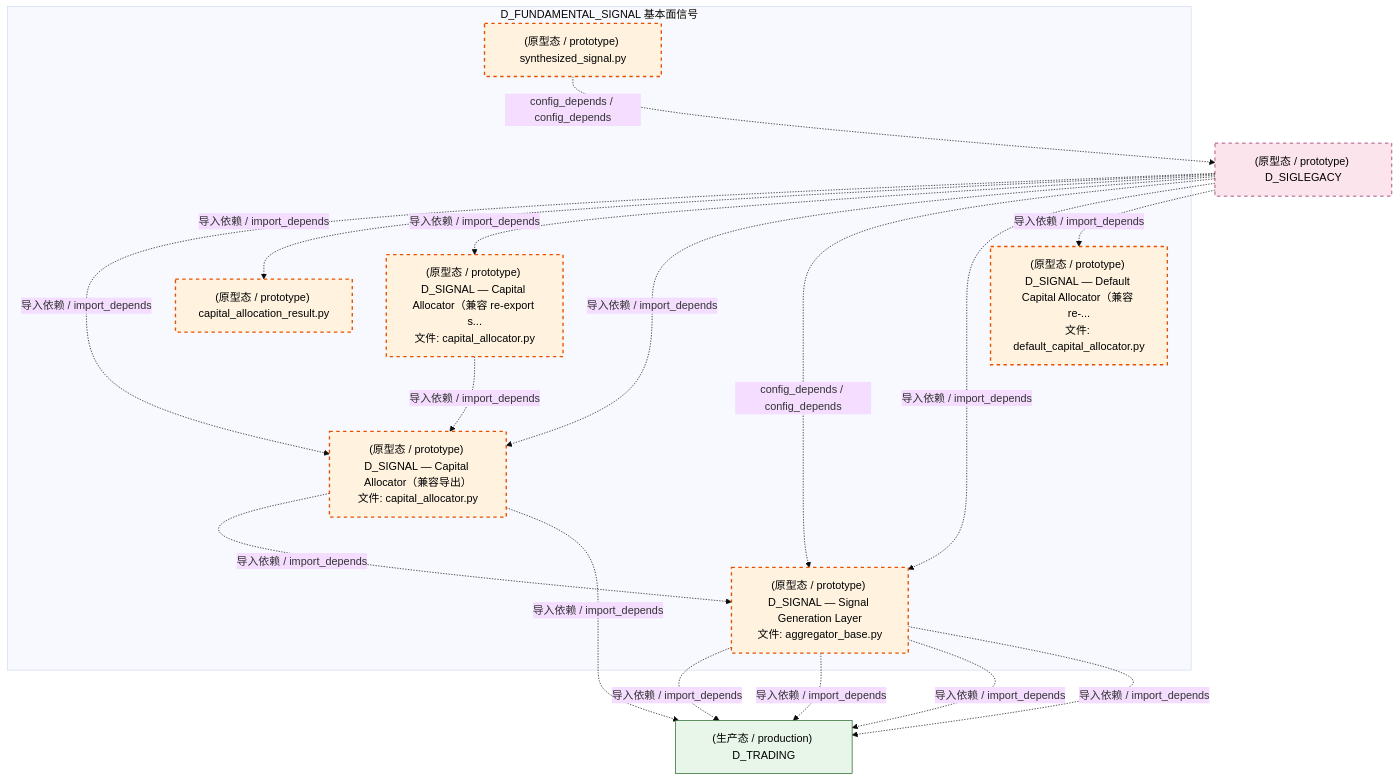
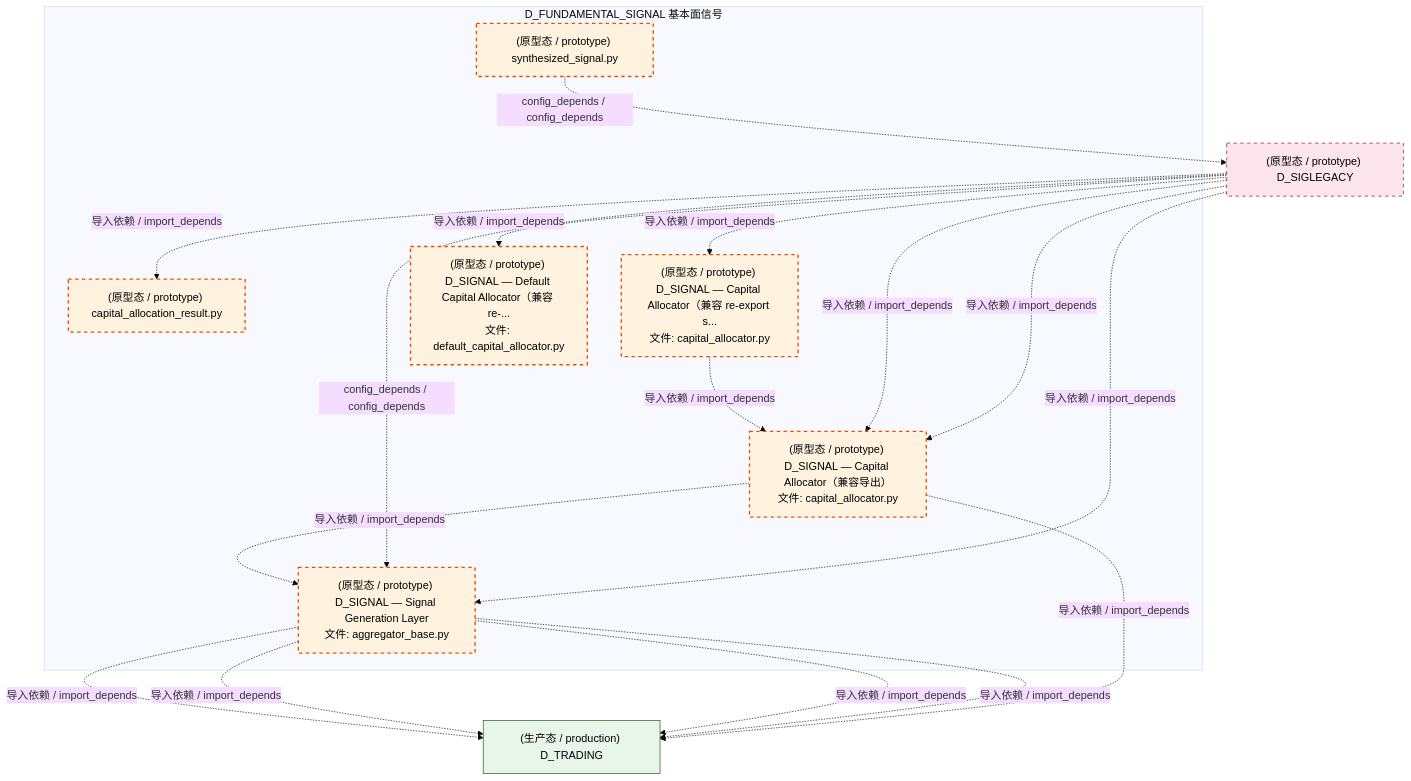
One commit to xuanFelixVan/ZephyrAlpha changed the third of 4 diagrams in docs/02_enterprise_architecture/02_domain_architecture_docs/37_d_fundamental_signal.md. Above: the diagram before and after it, drawn with Mermaid (base theme). The commit also changed other lines of this file and 126 other files, not shown here.

````diff
--- a/docs/02_enterprise_architecture/02_domain_architecture_docs/37_d_fundamental_signal.md
+++ b/docs/02_enterprise_architecture/02_domain_architecture_docs/37_d_fundamental_signal.md
@@ -177,35 +177,35 @@
 ```mermaid
 graph TD
     subgraph D_FUNDAMENTAL_SIGNAL["D_FUNDAMENTAL_SIGNAL 基本面信号"]
         src_zephyr_signal_fundamental_capital_capital_allocation_result_py["(原型态 / prototype) capital_allocation_result.py"]
         src_zephyr_signal_fundamental_capital_capital_allocator_py["(原型态 / prototype) D_SIGNAL — Capital Allocator（兼容 re-export s...<br/>文件: capital_allocator.py"]
         src_zephyr_signal_fundamental_capital_default_capital_allocator_py["(原型态 / prototype) D_SIGNAL — Default Capital Allocator（兼容 re-...<br/>文件: default_capital_allocator.py"]
         src_zephyr_signal_fundamental_combiner_synthesized_signal_py["(原型态 / prototype) synthesized_signal.py"]
         src_zephyr_signal_fundamental_gen_aggregator_base_py["(原型态 / prototype) D_SIGNAL — Signal Generation Layer<br/>文件: aggregator_base.py"]
         src_zephyr_signal_fundamental_strategy_capital_allocator_py["(原型态 / prototype) D_SIGNAL — Capital Allocator（兼容导出）<br/>文件: capital_allocator.py"]
     end
     src_zephyr_signal_fundamental_capital_capital_allocator_py -.->|导入依赖 / import_depends| src_zephyr_signal_fundamental_strategy_capital_allocator_py
     src_zephyr_signal_fundamental_strategy_capital_allocator_py -.->|导入依赖 / import_depends| src_zephyr_signal_fundamental_gen_aggregator_base_py
+    D_SIGLEGACY["(原型态 / prototype) D_SIGLEGACY"]
+    src_zephyr_signal_fundamental_combiner_synthesized_signal_py -.->|config_depends / config_depends| D_SIGLEGACY
     D_TRADING["(生产态 / production) D_TRADING"]
     src_zephyr_signal_fundamental_gen_aggregator_base_py -.->|导入依赖 / import_depends| D_TRADING
     src_zephyr_signal_fundamental_gen_aggregator_base_py -.->|导入依赖 / import_depends| D_TRADING
     src_zephyr_signal_fundamental_gen_aggregator_base_py -.->|导入依赖 / import_depends| D_TRADING
     src_zephyr_signal_fundamental_gen_aggregator_base_py -.->|导入依赖 / import_depends| D_TRADING
-    D_SIGLEGACY["(原型态 / prototype) D_SIGLEGACY"]
-    src_zephyr_signal_fundamental_combiner_synthesized_signal_py -.->|config_depends / config_depends| D_SIGLEGACY
     src_zephyr_signal_fundamental_strategy_capital_allocator_py -.->|导入依赖 / import_depends| D_TRADING
-    D_SIGLEGACY -.->|导入依赖 / import_depends| src_zephyr_signal_fundamental_strategy_capital_allocator_py
     D_SIGLEGACY -.->|导入依赖 / import_depends| src_zephyr_signal_fundamental_capital_capital_allocation_result_py
     D_SIGLEGACY -.->|导入依赖 / import_depends| src_zephyr_signal_fundamental_capital_capital_allocator_py
     D_SIGLEGACY -.->|导入依赖 / import_depends| src_zephyr_signal_fundamental_strategy_capital_allocator_py
     D_SIGLEGACY -.->|config_depends / config_depends| src_zephyr_signal_fundamental_gen_aggregator_base_py
+    D_SIGLEGACY -.->|导入依赖 / import_depends| src_zephyr_signal_fundamental_strategy_capital_allocator_py
     D_SIGLEGACY -.->|导入依赖 / import_depends| src_zephyr_signal_fundamental_gen_aggregator_base_py
     D_SIGLEGACY -.->|导入依赖 / import_depends| src_zephyr_signal_fundamental_capital_default_capital_allocator_py
     classDef production fill:#e1f5fe,stroke:#01579b,stroke-width:2px,color:#000
     classDef design fill:#fff3e0,stroke:#e65100,stroke-width:2px,color:#000,stroke-dasharray: 5 5
     classDef external_prod fill:#e8f5e9,stroke:#1b5e20,stroke-width:1px,color:#000
     classDef external_design fill:#fce4ec,stroke:#880e4f,stroke-width:1px,color:#000,stroke-dasharray: 5 5
     class src_zephyr_signal_fundamental_capital_capital_allocation_result_py,src_zephyr_signal_fundamental_capital_capital_allocator_py,src_zephyr_signal_fundamental_capital_default_capital_allocator_py,src_zephyr_signal_fundamental_combiner_synthesized_signal_py,src_zephyr_signal_fundamental_gen_aggregator_base_py,src_zephyr_signal_fundamental_strategy_capital_allocator_py design
     class D_TRADING external_prod
     class D_SIGLEGACY external_design
 ```
````
